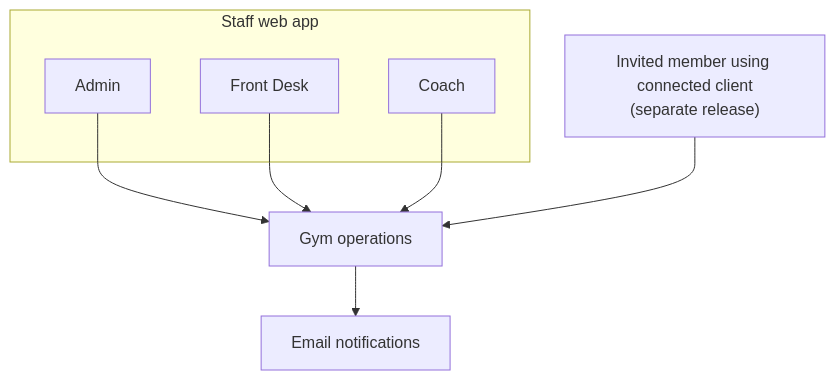
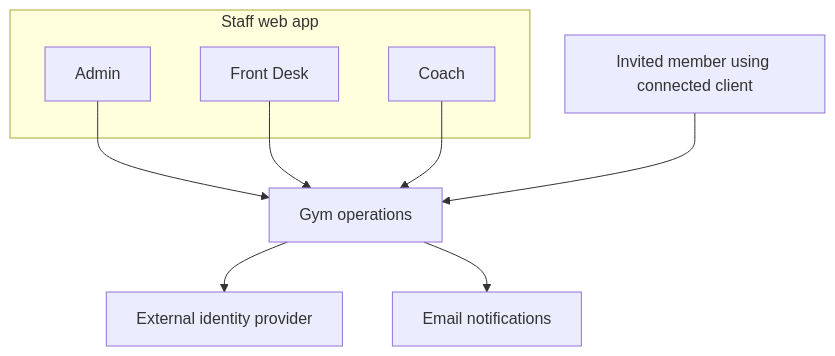
Before and after one commit to UltraPulpo/gym-operations: the third of 3 diagrams in design/gym-operations-requirements.md, drawn with Mermaid. The commit also changed other lines of this file and 3 other files, not shown here.

````diff
--- a/design/gym-operations-requirements.md
+++ b/design/gym-operations-requirements.md
@@ -329,16 +343,18 @@
 ```mermaid
 flowchart TB
     subgraph staff["Staff web app"]
         Admin["Admin"]
         Desk["Front Desk"]
         Coach["Coach"]
     end
-    Member["Invited member using connected client<br/>(separate release)"]
+    Member["Invited member using connected client"]
     Gym["Gym operations"]
+    Identity["External identity provider"]
     Email["Email notifications"]
     Admin --> Gym
     Desk --> Gym
     Coach --> Gym
     Member --> Gym
+    Gym --> Identity
     Gym --> Email
 ```
````
